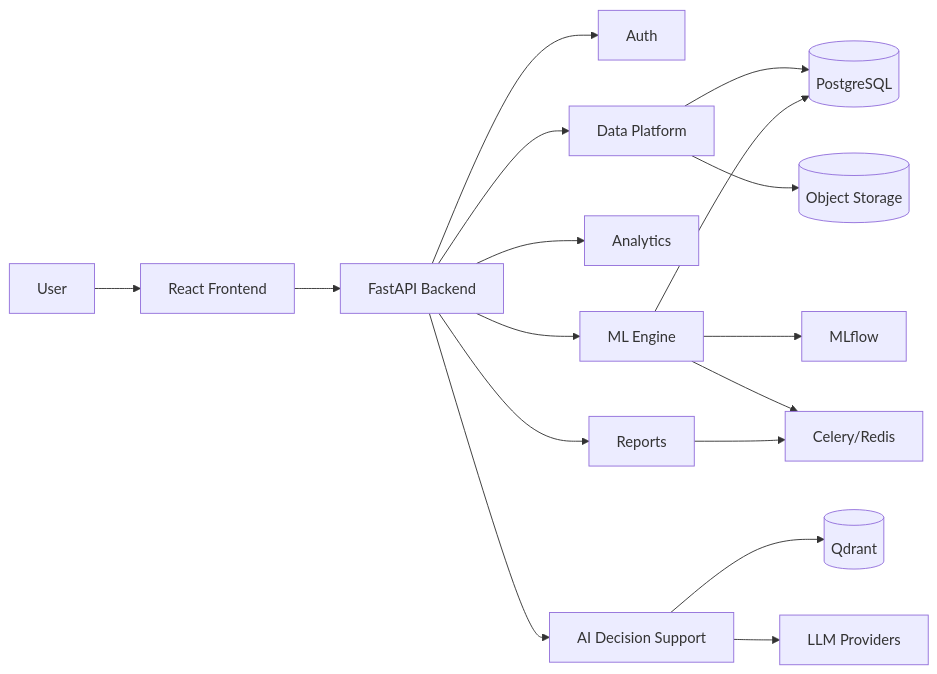
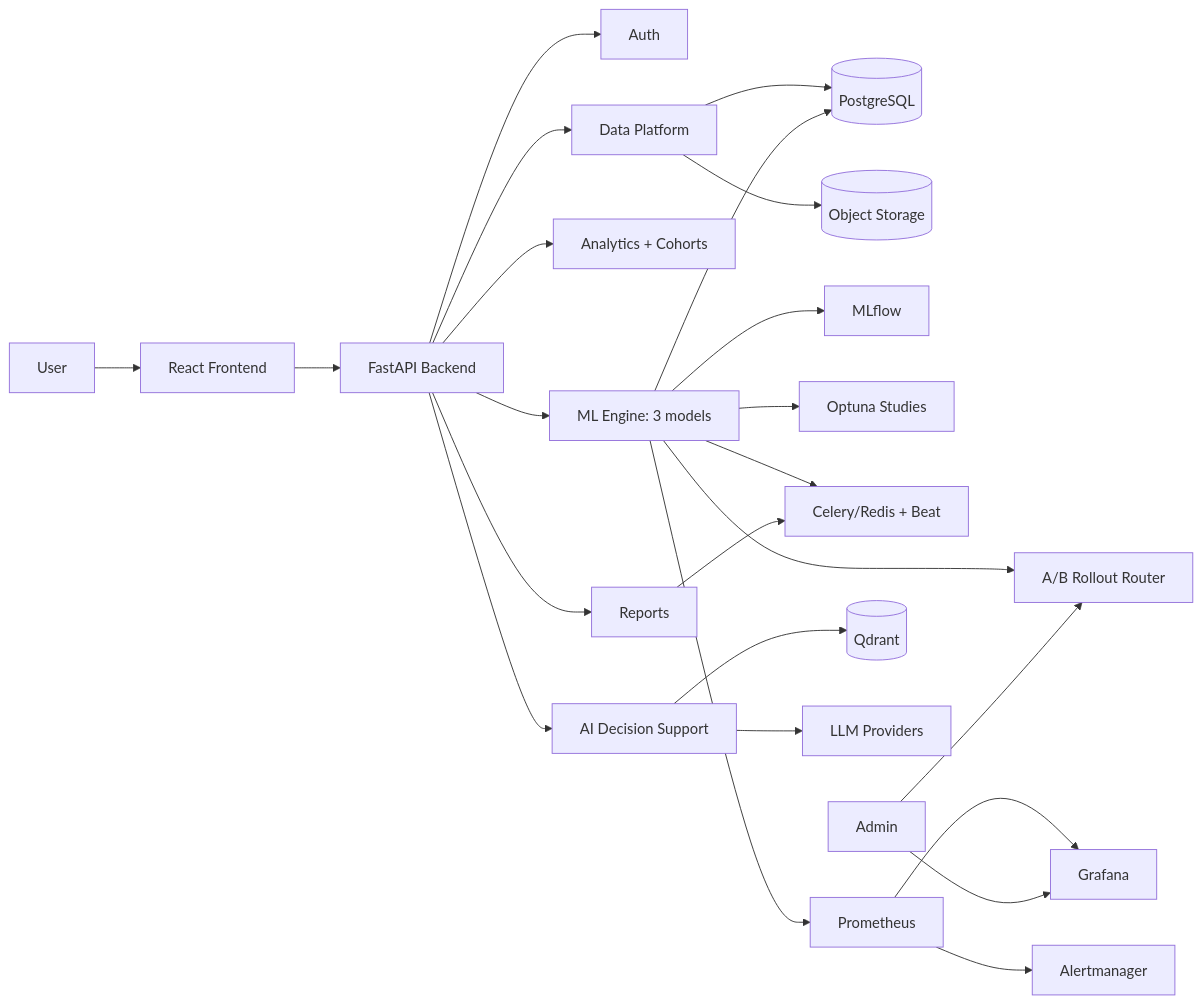
Before and after one commit to SubhranshuPan/medintel-ai: the diagram in docs/03_APP_FLOW.md, drawn with Mermaid. The commit also changed other lines of this file and 4 other files, not shown here.

First line of the commit message:
docs(architecture): update TRD, PRD, Scope, App Flow, Backend Design for full platform scope

````diff
--- a/docs/03_APP_FLOW.md
+++ b/docs/03_APP_FLOW.md
@@ -123,19 +220,27 @@
 ```mermaid
 flowchart LR
 U[User] --> FE[React Frontend]
 FE --> API[FastAPI Backend]
 API --> Auth
 API --> Data[Data Platform]
-API --> Analytics
-API --> ML[ML Engine]
+API --> Analytics[Analytics + Cohorts]
+API --> ML[ML Engine: 3 models]
 API --> AI[AI Decision Support]
 API --> Reports
 Data --> PG[(PostgreSQL)]
 Data --> OBJ[(Object Storage)]
 ML --> PG
 ML --> MLF[MLflow]
-ML --> Q[Celery/Redis]
+ML --> OPT[Optuna Studies]
+ML --> Q[Celery/Redis + Beat]
+ML --> ROUT[A/B Rollout Router]
+ML --> PROM[Prometheus]
+PROM --> GRAF[Grafana]
+PROM --> ALERT[Alertmanager]
 AI --> QD[(Qdrant)]
 AI --> LLM[LLM Providers]
 Reports --> Q
+
+Admin[Admin] --> GRAF
+Admin --> ROUT
 ```
````
